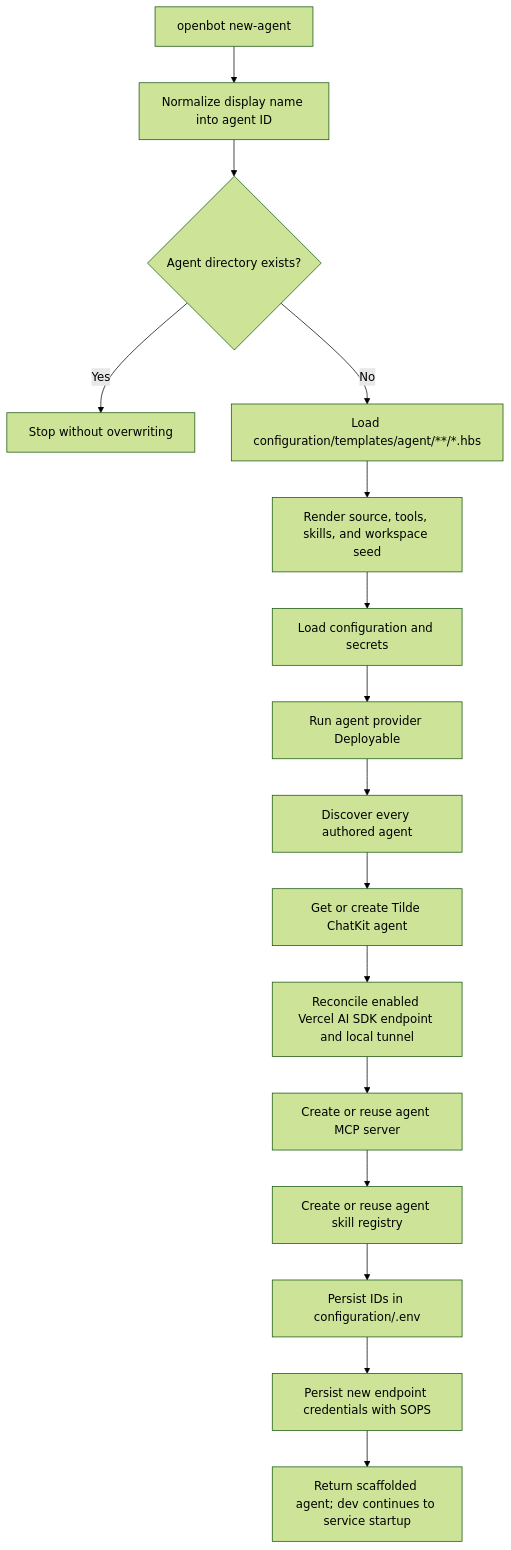
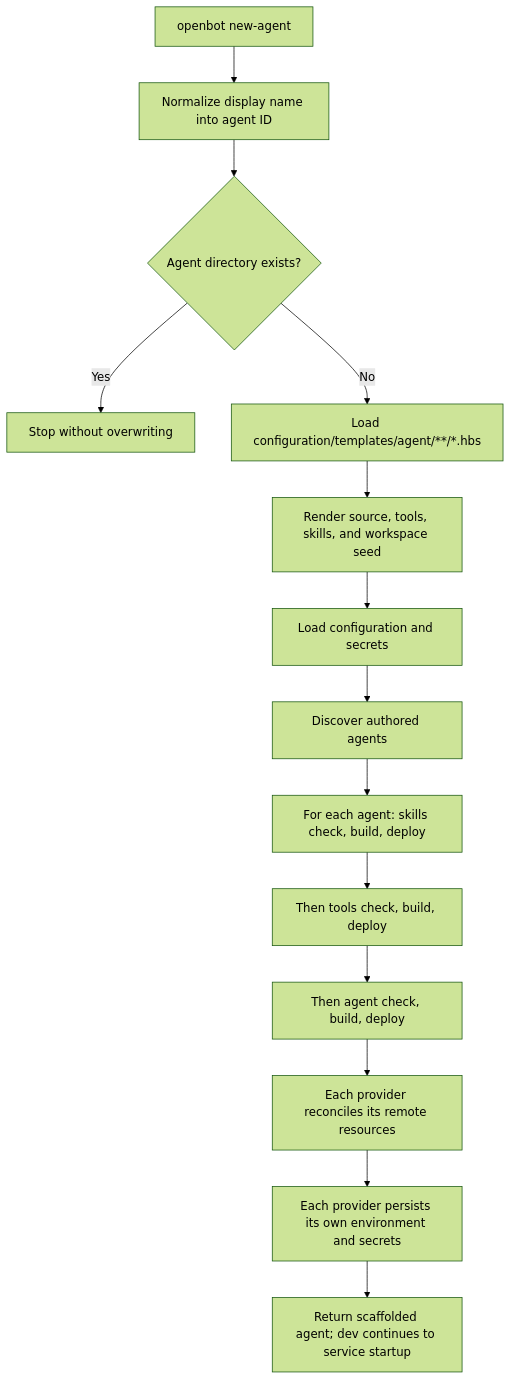
Before and after one commit to trytilde/dispatch: the second of 4 diagrams in docs/lifecycle.md, drawn with Mermaid (forest theme). The commit also changed other lines of this file and 138 other files, not shown here.

````diff
--- a/docs/lifecycle.md
+++ b/docs/lifecycle.md
@@ -52,18 +54,16 @@
 ```mermaid
 flowchart TD
   A["openbot new-agent"] --> B["Normalize display name into agent ID"]
   B --> C{"Agent directory exists?"}
   C -- "Yes" --> D["Stop without overwriting"]
   C -- "No" --> E["Load configuration/templates/agent/**/*.hbs"]
   E --> F["Render source, tools, skills, and workspace seed"]
   F --> G["Load configuration and secrets"]
-  G --> H["Run agent provider Deployable"]
-  H --> I["Discover every authored agent"]
-  I --> J["Get or create Tilde ChatKit agent"]
-  J --> K["Reconcile enabled Vercel AI SDK endpoint and local tunnel"]
-  K --> L["Create or reuse agent MCP server"]
-  L --> M["Create or reuse agent skill registry"]
-  M --> N["Persist IDs in configuration/.env"]
-  N --> O["Persist new endpoint credentials with SOPS"]
-  O --> P["Return scaffolded agent; dev continues to service startup"]
+  G --> H["Discover authored agents"]
+  H --> I["For each agent: skills check, build, deploy"]
+  I --> J["Then tools check, build, deploy"]
+  J --> K["Then agent check, build, deploy"]
+  K --> L["Each provider reconciles its remote resources"]
+  L --> M["Each provider persists its own environment and secrets"]
+  M --> N["Return scaffolded agent; dev continues to service startup"]
 ```
````
